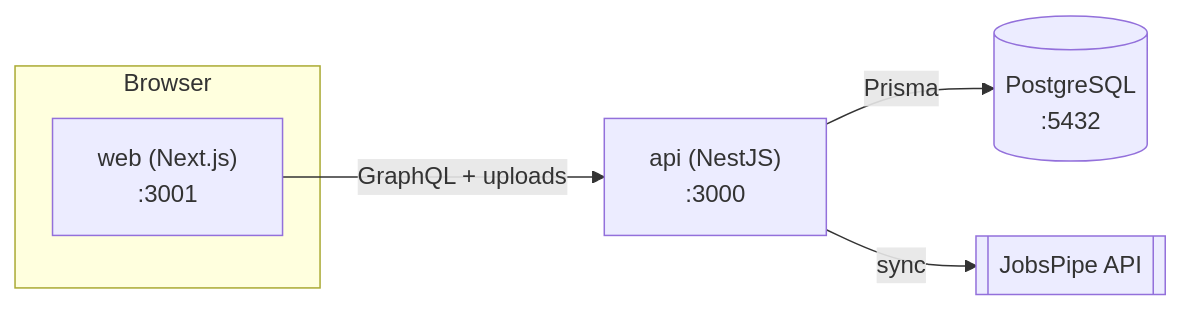
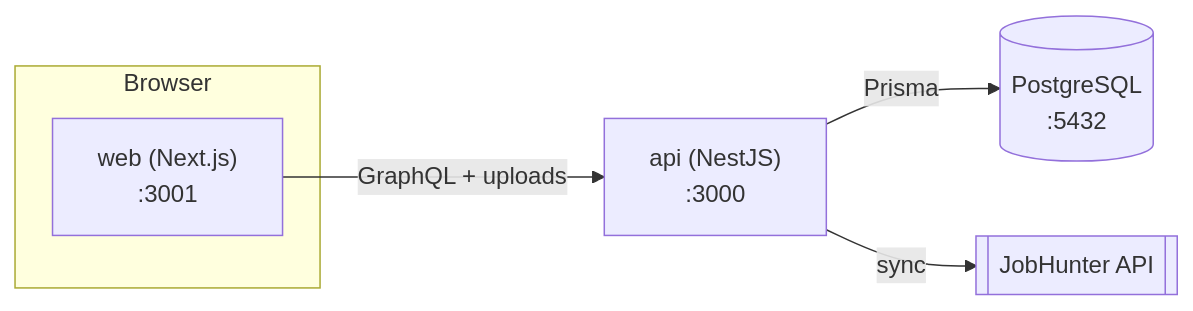
One commit to mohamedfaizel/job-search-dashboard changed the diagram in README.md. Above: the diagram before and after it, drawn with Mermaid. The commit also changed other lines of this file and 54 other files, not shown here.

First line of the commit message:
Rename the job search API source to JobHunter

````diff
--- a/README.md
+++ b/README.md
@@ -13,12 +13,12 @@
 ```mermaid
 flowchart LR
   subgraph Browser
     web["web (Next.js)<br/>:3001"]
   end
   api["api (NestJS)<br/>:3000"]
   db[(PostgreSQL<br/>:5432)]
-  jobspipe[[JobsPipe API]]
+  jobhunter[[JobHunter API]]
   web -- GraphQL + uploads --> api
   api -- Prisma --> db
-  api -- sync --> jobspipe
+  api -- sync --> jobhunter
 ```
````
